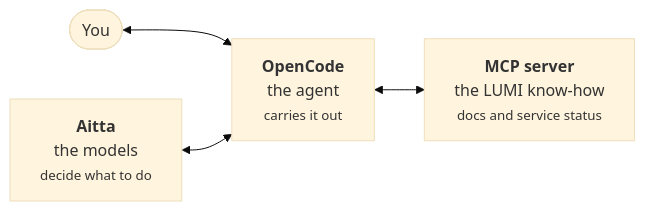
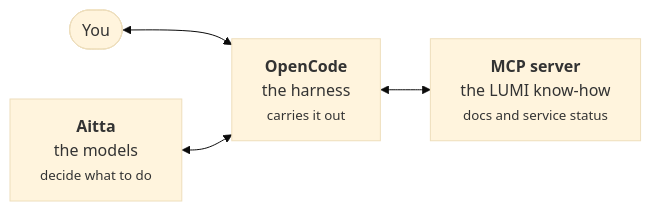
One commit to lumi-ai-factory/agent-ecosystem changed the diagram in content/index.md. Above: the diagram before and after it, drawn with Mermaid (base theme). The commit also changed other lines of this file and 7 other files, not shown here.

````diff
--- a/content/index.md
+++ b/content/index.md
@@ -11,6 +15,6 @@
 ```mermaid
 flowchart LR
-    you(["You"]) <--> opencode["<b>OpenCode</b><br/>the agent<br/><small>carries it out</small>"]
+    you(["You"]) <--> opencode["<b>OpenCode</b><br/>the harness<br/><small>carries it out</small>"]
     aitta["<b>Aitta</b><br/>the models<br/><small>decide what to do</small>"] <--> opencode
     opencode <--> mcp["<b>MCP server</b><br/>the LUMI know-how<br/><small>docs and service status</small>"]
 ```
````
